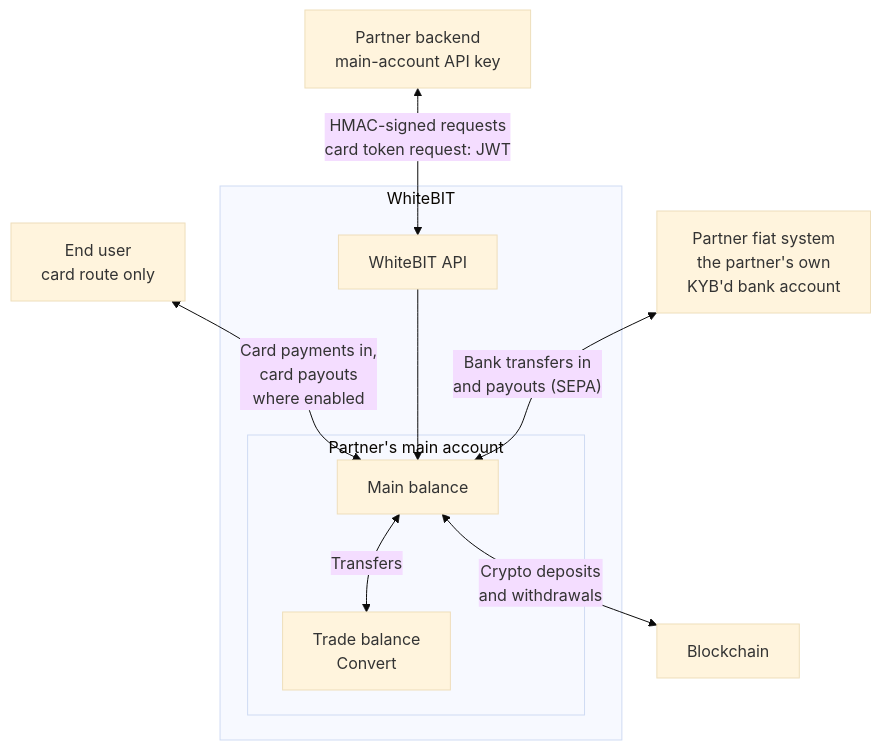
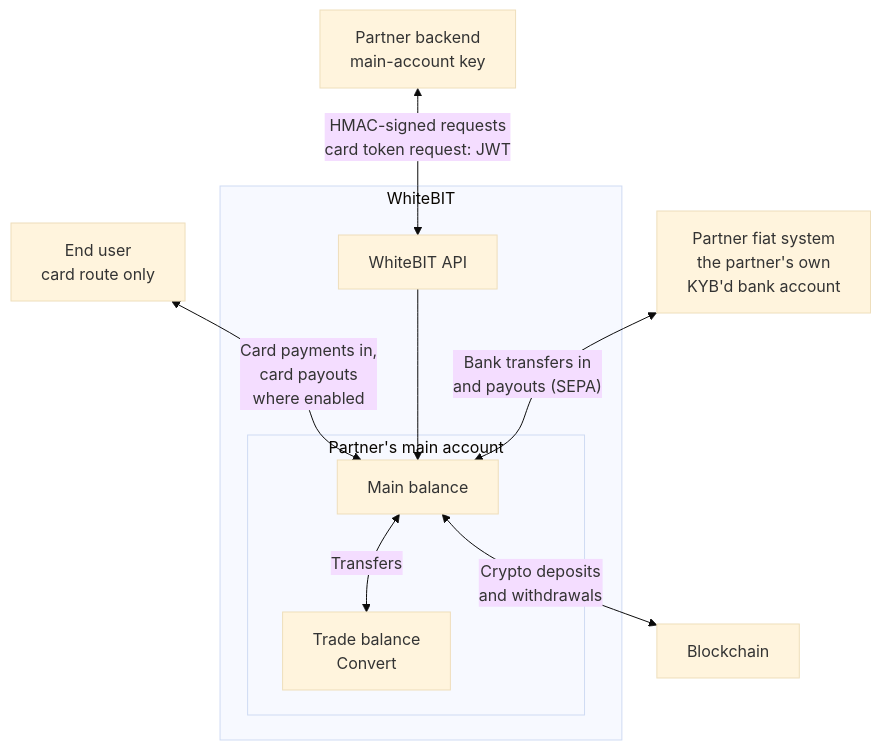
The diagram in guides/on-off-ramp-overview.mdx (whitebit-exchange/docs), drawn with Mermaid (base theme) before and after one commit. The commit also changed other lines of this file and 24 other files, not shown here.

Commit message:
docs(guide): rename master account to main account across the portal

````diff
--- a/guides/on-off-ramp-overview.mdx
+++ b/guides/on-off-ramp-overview.mdx
@@ -49,18 +49,18 @@
 ```mermaid
 flowchart TB
     User["End user<br/>card route only"]
-    Backend["Partner backend<br/>main-account API key"]
+    Backend["Partner backend<br/>main-account key"]
     Fiat["Partner fiat system<br/>the partner's own<br/>KYB'd bank account"]
     subgraph WhiteBIT["WhiteBIT"]
         API["WhiteBIT API"]
         subgraph Account["Partner's main account"]
             Main["Main balance"] <-->|"Transfers"| Trade["Trade balance<br/>Convert"]
         end
     end
     Chain["Blockchain"]
     User <-->|"Card payments in,<br/>card payouts<br/>where enabled"| Main
     Backend <-->|"HMAC-signed requests<br/>card token request: JWT"| API
     API --> Main
     Fiat <-->|"Bank transfers in<br/>and payouts (SEPA)"| Main
     Main <-->|"Crypto deposits<br/>and withdrawals"| Chain
 ```
````
